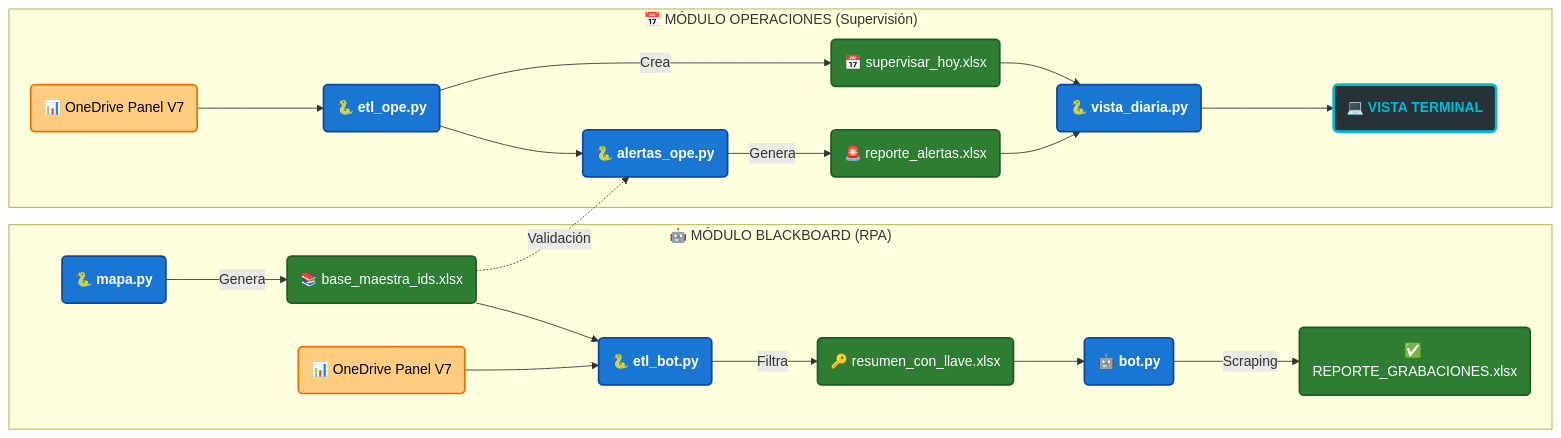
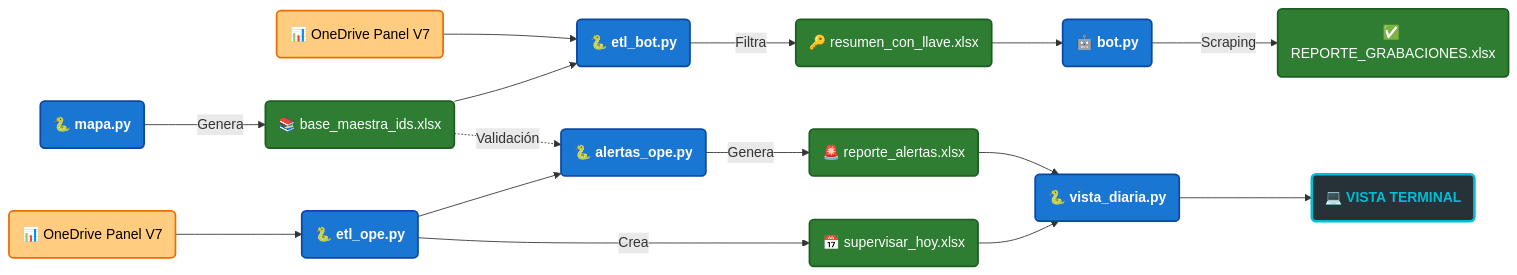
The first of 2 diagrams in README.md (DAAB13/academic-suite), drawn with Mermaid before and after one commit. The commit also changed other lines of this file and 9 other files, not shown here.

````diff
--- a/README.md
+++ b/README.md
@@ -81,50 +94,45 @@
 ```mermaid
-
 graph LR
     %% --- ESTILOS ---
     classDef script fill:#1976D2,stroke:#0D47A1,stroke-width:2px,color:white,font-weight:bold;
     classDef excel fill:#2E7D32,stroke:#1B5E20,stroke-width:2px,color:white;
     classDef terminal fill:#263238,stroke:#00BCD4,stroke-width:3px,color:#00BCD4,font-weight:bold;
     classDef input fill:#FFCC80,stroke:#EF6C00,stroke-width:2px,color:black;
 
-    subgraph "🤖 MÓDULO BLACKBOARD (RPA)"
-        M_MAPA(🐍 mapa.py):::script
-        M_BASE(📚 base_maestra_ids.xlsx):::excel
-        M_ONE(📊 OneDrive Panel V7):::input
-        M_ETL(🐍 etl_bot.py):::script
-        M_RES(🔑 resumen_con_llave.xlsx):::excel
-        M_BOT(🤖 bot.py):::script
-        M_FIN(✅ REPORTE_GRABACIONES.xlsx):::excel
+    %% --- MÓDULO BLACKBOARD (RPA) ---
+    M_MAPA(🐍 mapa.py):::script
+    M_BASE(📚 base_maestra_ids.xlsx):::excel
+    M_ONE(📊 OneDrive Panel V7):::input
+    M_ETL(🐍 etl_bot.py):::script
+    M_RES(🔑 resumen_con_llave.xlsx):::excel
+    M_BOT(🤖 bot.py):::script
+    M_FIN(✅ REPORTE_GRABACIONES.xlsx):::excel
 
-        M_MAPA -->|Genera| M_BASE
-        M_BASE --> M_ETL
-        M_ONE --> M_ETL
-        M_ETL -->|Filtra| M_RES
-        M_RES --> M_BOT
-        M_BOT -->|Scraping| M_FIN
-    end
+    M_MAPA -->|Genera| M_BASE
+    M_BASE --> M_ETL
+    M_ONE --> M_ETL
+    M_ETL -->|Filtra| M_RES
+    M_RES --> M_BOT
+    M_BOT -->|Scraping| M_FIN
 
-    subgraph "📅 MÓDULO OPERACIONES (Supervisión)"
-        O_ONE(📊 OneDrive Panel V7):::input
-        O_ETL(🐍 etl_ope.py):::script
-        O_AGE(📅 supervisar_hoy.xlsx):::excel
-        O_ALE(🐍 alertas_ope.py):::script
-        O_REP(🚨 reporte_alertas.xlsx):::excel
-        O_VIS(🐍 vista_diaria.py):::script
-        O_TER(💻 VISTA TERMINAL):::terminal
+    %% --- MÓDULO OPERACIONES (Supervisión) ---
+    O_ONE(📊 OneDrive Panel V7):::input
+    O_ETL(🐍 etl_ope.py):::script
+    O_AGE(📅 supervisar_hoy.xlsx):::excel
+    O_ALE(🐍 alertas_ope.py):::script
+    O_REP(🚨 reporte_alertas.xlsx):::excel
+    O_VIS(🐍 vista_diaria.py):::script
+    O_TER(💻 VISTA TERMINAL):::terminal
 
-        O_ONE --> O_ETL
-        O_ETL -->|Crea| O_AGE
-        O_ETL --> O_ALE
-        O_ALE -->|Genera| O_REP
-        
-        %% Vista Terminal recibe info de ambos
-        O_AGE --> O_VIS
-        O_REP --> O_VIS
-        O_VIS --> O_TER
-    end
+    O_ONE --> O_ETL
+    O_ETL -->|Crea| O_AGE
+    O_ETL --> O_ALE
+    O_ALE -->|Genera| O_REP
+    
+    O_AGE --> O_VIS
+    O_REP --> O_VIS
+    O_VIS --> O_TER
 
     %% Relación entre módulos
     M_BASE -.->|Validación| O_ALE
-
 ```
````
